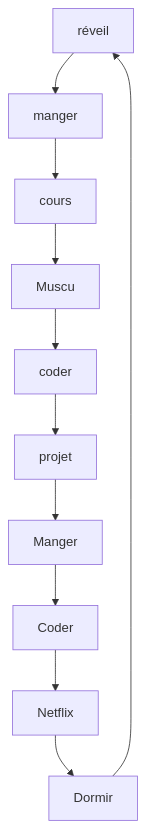
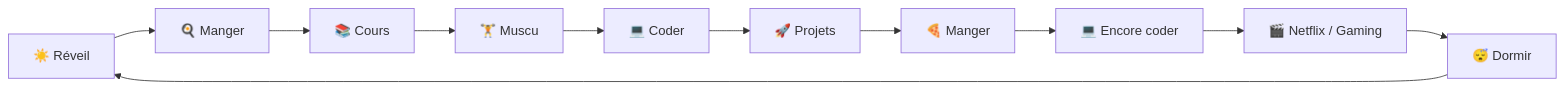
The diagram in README.md (nac0sensei/nac0sensei), drawn with Mermaid before and after one commit. The commit also changed other lines of this file, not shown here.

````diff
--- a/README.md
+++ b/README.md
@@ -30,13 +111,13 @@
-```mermaid 
-    graph TD;
-    réveil-->manger;
-    manger-->cours;
-    cours-->Muscu;
-    Muscu-->coder;
-    coder-->projet;
-    projet-->Manger;
-    Manger-->Coder;
-    Coder-->Netflix;
-    Netflix-->Dormir;
-    Dormir-->réveil;
+```mermaid
+graph LR
+    A[☀️ Réveil] --> B[🍳 Manger]
+    B --> C[📚 Cours]
+    C --> D[🏋️ Muscu]
+    D --> E[💻 Coder]
+    E --> F[🚀 Projets]
+    F --> G[🍕 Manger]
+    G --> H[💻 Encore coder]
+    H --> I[🎬 Netflix / Gaming]
+    I --> J[😴 Dormir]
+    J --> A
 ```
````
